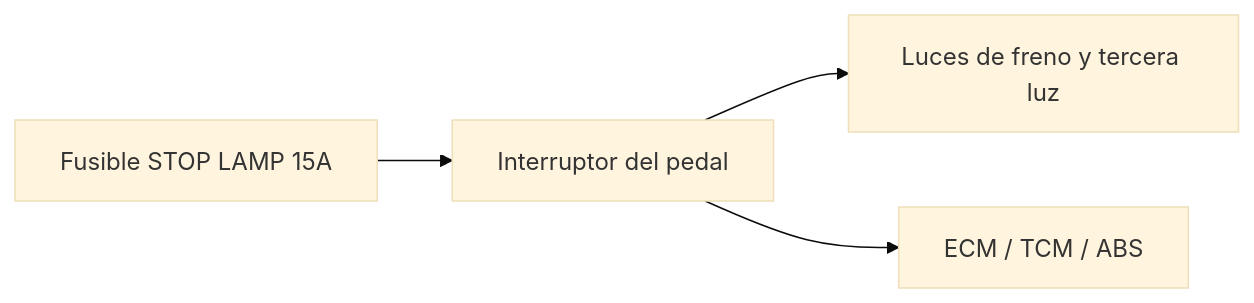
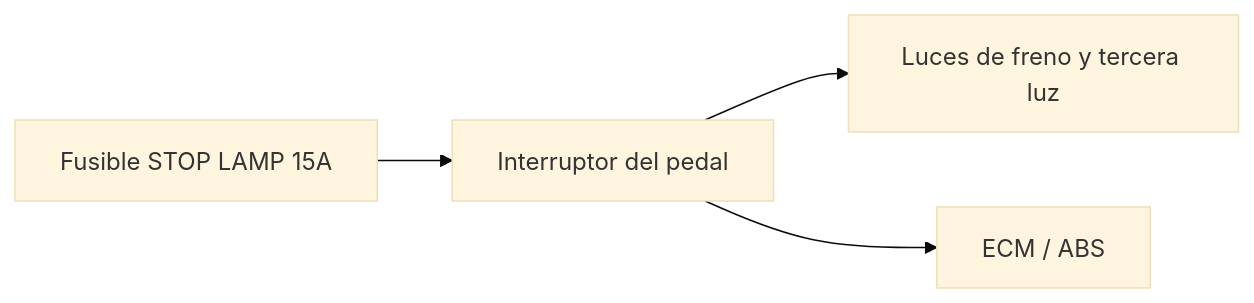
Before and after one commit to xAguhz/vaultColegio: the diagram in vaultSuzuki/Manual de taller/Circuitos/D-7 Sistema de las luces de freno.md, drawn with Mermaid (base theme). The commit also changed 75 other files, not shown here.

````diff
--- a/vaultSuzuki/Manual de taller/Circuitos/D-7 Sistema de las luces de freno.md
+++ b/vaultSuzuki/Manual de taller/Circuitos/D-7 Sistema de las luces de freno.md
@@ -15,6 +15,6 @@
 ```mermaid
 flowchart LR
   F[Fusible STOP LAMP 15A] --> IF[Interruptor del pedal]
   IF --> LF[Luces de freno y tercera luz]
-  IF --> ECM[ECM / TCM / ABS]
+  IF --> ECM[ECM / ABS]
 ```
````
